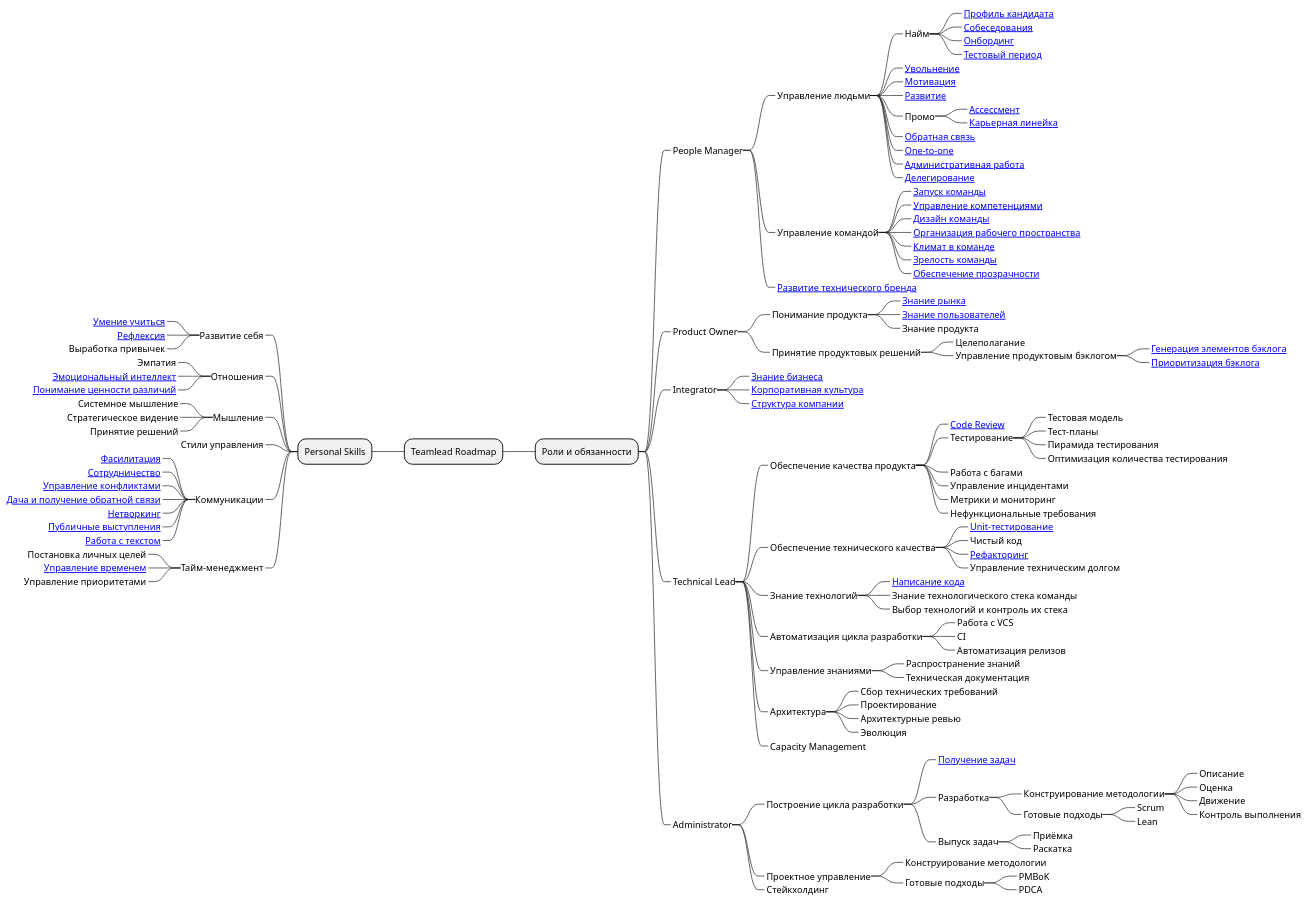
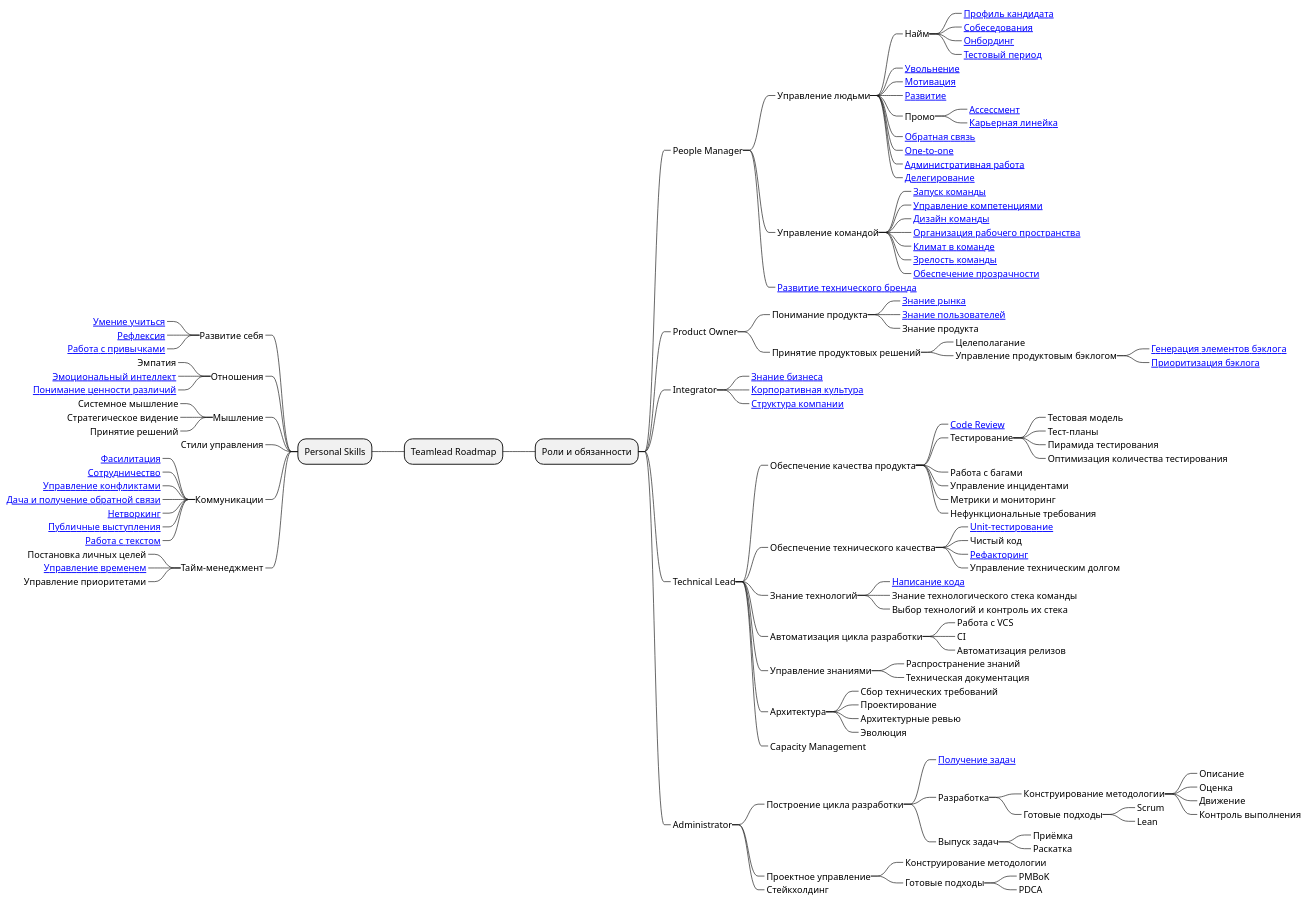
Before and after one commit to tlbootcamp/tlroadmap: the diagram in roadmap.puml, drawn with PlantUML. The commit also changed 7 other files, not shown here.

First line of the commit message:
Работа с привычками (#186)

```diff
--- a/roadmap.puml
+++ b/roadmap.puml
@@ -1,129 +1,129 @@
 @startmindmap
 * Teamlead Roadmap
 ** Роли и обязанности
 ***_ People Manager
 ****_ Управление людьми
 *****_ Найм
 ******_ [[https://github.com/tlbootcamp/tlroadmap/blob/master/skills/resource-manager/profile.md Профиль кандидата]]
 ******_ [[https://github.com/tlbootcamp/tlroadmap/blob/master/skills/resource-manager/interview.md Собеседования]]
 ******_ [[https://github.com/tlbootcamp/tlroadmap/blob/master/skills/resource-manager/onboarding.md Онбординг]]
 ******_ [[https://github.com/tlbootcamp/tlroadmap/blob/master/skills/resource-manager/test-period.md Тестовый период]]
 *****_ [[https://github.com/tlbootcamp/tlroadmap/blob/master/skills/resource-manager/firing.md Увольнение]]
 *****_ [[https://github.com/tlbootcamp/tlroadmap/blob/master/skills/resource-manager/motivation.md Мотивация]]
 *****_ [[https://github.com/tlbootcamp/tlroadmap/blob/master/skills/resource-manager/development.md Развитие]]
 *****_ Промо
 ******_ [[https://github.com/tlbootcamp/tlroadmap/blob/master/skills/resource-manager/assessment.md Ассессмент]]
 ******_ [[https://github.com/tlbootcamp/tlroadmap/blob/master/skills/resource-manager/career.md Карьерная линейка]]
 *****_ [[https://github.com/tlbootcamp/tlroadmap/blob/master/skills/resource-manager/feedback.md Обратная связь]]
 *****_ [[https://github.com/tlbootcamp/tlroadmap/blob/master/skills/resource-manager/one-to-one.md One-to-one]]
 *****_ [[https://github.com/tlbootcamp/tlroadmap/blob/master/skills/resource-manager/admin.md Административная работа]]
 *****_ [[https://github.com/tlbootcamp/tlroadmap/blob/master/skills/resource-manager/delegation.md Делегирование]]
 ****_ Управление командой
 *****_ [[https://github.com/tlbootcamp/tlroadmap/blob/master/skills/resource-manager/team-launch.md Запуск команды]]
 *****_ [[https://github.com/tlbootcamp/tlroadmap/blob/master/skills/resource-manager/competency-management.md Управление компетенциями]]
 *****_ [[https://github.com/tlbootcamp/tlroadmap/blob/master/skills/resource-manager/team-design.md Дизайн команды]]
 *****_ [[https://github.com/tlbootcamp/tlroadmap/blob/master/skills/resource-manager/workspace.md Организация рабочего пространства]]
 *****_ [[https://github.com/tlbootcamp/tlroadmap/blob/master/skills/resource-manager/team-climate.md Климат в команде]]
 *****_ [[https://github.com/tlbootcamp/tlroadmap/blob/master/skills/resource-manager/team-maturity.md Зрелость команды]]
 *****_ [[https://github.com/tlbootcamp/tlroadmap/blob/master/skills/resource-manager/transparency.md Обеспечение прозрачности]]
 ****_ [[https://github.com/tlbootcamp/tlroadmap/blob/master/skills/resource-manager/techpr.md Развитие технического бренда]]
 ***_ Product Owner
 ****_ Понимание продукта
 *****_ [[https://github.com/tlbootcamp/tlroadmap/blob/master/skills/product-owner/market-knowledge.md Знание рынка]]
 *****_ [[https://github.com/tlbootcamp/tlroadmap/blob/master/skills/product-owner/user-knowledge.md Знание пользователей]]
 *****_ Знание продукта
 ****_ Принятие продуктовых решений
 *****_ Целеполагание
 *****_ Управление продуктовым бэклогом
 ******_ [[https://github.com/tlbootcamp/tlroadmap/blob/master/skills/product-owner/backlog-generation.md Генерация элементов бэклога]]
 ******_ [[https://github.com/tlbootcamp/tlroadmap/blob/master/skills/product-owner/backlog-prioritization.md Приоритизация бэклога]]
 ***_ Integrator
 ****_ [[https://github.com/tlbootcamp/tlroadmap/blob/master/skills/integrator/business-knowledge.md Знание бизнеса]]
 ****_ [[https://github.com/tlbootcamp/tlroadmap/blob/master/skills/integrator/corporate-culture.md Корпоративная культура]]
 ****_ [[https://github.com/tlbootcamp/tlroadmap/blob/master/skills/integrator/company-structure.md Структура компании]]
 ***_ Technical Lead
 ****_ Обеспечение качества продукта
 *****_ [[https://github.com/tlbootcamp/tlroadmap/blob/master/skills/technical-lead/code-review.md Code Review]]
 *****_ Тестирование
 ******_ Тестовая модель
 ******_ Тест-планы
 ******_ Пирамида тестирования
 ******_ Оптимизация количества тестирования
 *****_ Работа с багами
 *****_ Управление инцидентами
 *****_ Метрики и мониторинг
 *****_ Нефункциональные требования
 ****_ Обеспечение технического качества
 *****_ [[https://github.com/tlbootcamp/tlroadmap/blob/master/skills/technical-lead/unit-testing.md Unit-тестирование]]
 *****_ Чистый код
 *****_ [[https://github.com/tlbootcamp/tlroadmap/blob/master/skills/technical-lead/refactoring.md Рефакторинг]]
 *****_ Управление техническим долгом
 ****_ Знание технологий
 *****_ [[https://github.com/tlbootcamp/tlroadmap/blob/master/skills/technical-lead/code.md Написание кода]]
 *****_ Знание технологического стека команды
 *****_ Выбор технологий и контроль их стека
 ****_ Автоматизация цикла разработки
 *****_ Работа с VCS
 *****_ CI
 *****_ Автоматизация релизов
 ****_ Управление знаниями
 *****_ Распространение знаний
 *****_ Техническая документация
 ****_ Архитектура
 *****_ Сбор технических требований
 *****_ Проектирование
 *****_ Архитектурные ревью
 *****_ Эволюция
 ****_ Capacity Management
 ***_ Administrator
 ****_ Построение цикла разработки
 *****_ [[https://github.com/tlbootcamp/tlroadmap/blob/master/skills/administrator/task-inbox.md Получение задач]]
 *****_ Разработка
 ******_ Конструирование методологии
 *******_ Описание
 *******_ Оценка
 *******_ Движение
 *******_ Контроль выполнения
 ******_ Готовые подходы
 *******_ Scrum
 *******_ Lean
 *****_ Выпуск задач
 ******_ Приёмка
 ******_ Раскатка
 ****_ Проектное управление
 *****_ Конструирование методологии
 *****_ Готовые подходы
 ******_ PMBoK
 ******_ PDCA
 ****_ Стейкхолдинг
 
 left side
 
 ** Personal Skills
 ***_ Развитие себя
 ****_ [[https://github.com/tlbootcamp/tlroadmap/blob/master/skills/self-improvement/learning.md Умение учиться]]
 ****_ [[https://github.com/tlbootcamp/tlroadmap/blob/master/skills/self-improvement/reflection.md Рефлексия]]
-****_ Выработка привычек
+****_ [[https://github.com/tlbootcamp/tlroadmap/blob/master/skills/self-improvement/habits.md Работа с привычками]]
 ***_ Отношения
 ****_ Эмпатия
 ****_ [[https://github.com/tlbootcamp/tlroadmap/blob/master/skills/self-improvement/emotional-intelligence.md Эмоциональный интеллект]]
 ****_ [[https://github.com/tlbootcamp/tlroadmap/blob/master/skills/self-improvement/diversity.md Понимание ценности различий]]
 ***_ Мышление
 ****_ Системное мышление
 ****_ Стратегическое видение
 ****_ Принятие решений
 ***_ Стили управления
 ***_ Коммуникации
 ****_ [[https://github.com/tlbootcamp/tlroadmap/blob/master/skills/self-improvement/facilitation.md Фасилитация]]
 ****_ [[https://github.com/tlbootcamp/tlroadmap/blob/master/skills/self-improvement/cooperation.md Сотрудничество]]
 ****_ [[https://github.com/tlbootcamp/tlroadmap/blob/master/skills/self-improvement/conflicts.md Управление конфликтами]]
 ****_ [[https://github.com/tlbootcamp/tlroadmap/blob/master/skills/self-improvement/feedback.md Дача и получение обратной связи]]
 ****_ [[https://github.com/tlbootcamp/tlroadmap/blob/master/skills/self-improvement/networking.md Нетворкинг]]
 ****_ [[https://github.com/tlbootcamp/tlroadmap/blob/master/skills/self-improvement/public-speaking.md Публичные выступления]]
 ****_ [[https://github.com/tlbootcamp/tlroadmap/blob/master/skills/self-improvement/text.md Работа с текстом]]
 ***_ Тайм-менеджмент
 ****_ Постановка личных целей
 ****_ [[https://github.com/tlbootcamp/tlroadmap/blob/master/skills/self-improvement/time-management.md Управление временем]]
 ****_ Управление приоритетами
 
 @endmindmap
```
